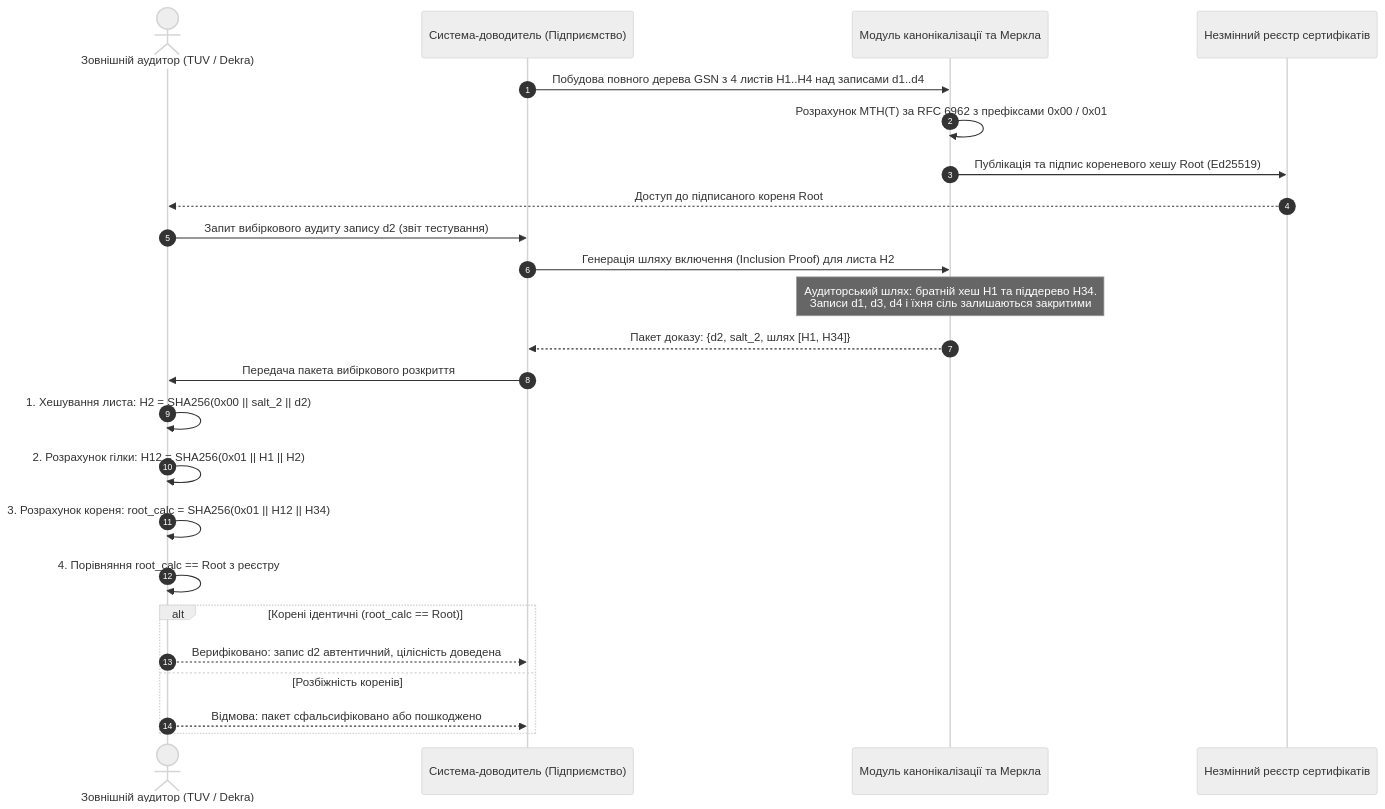
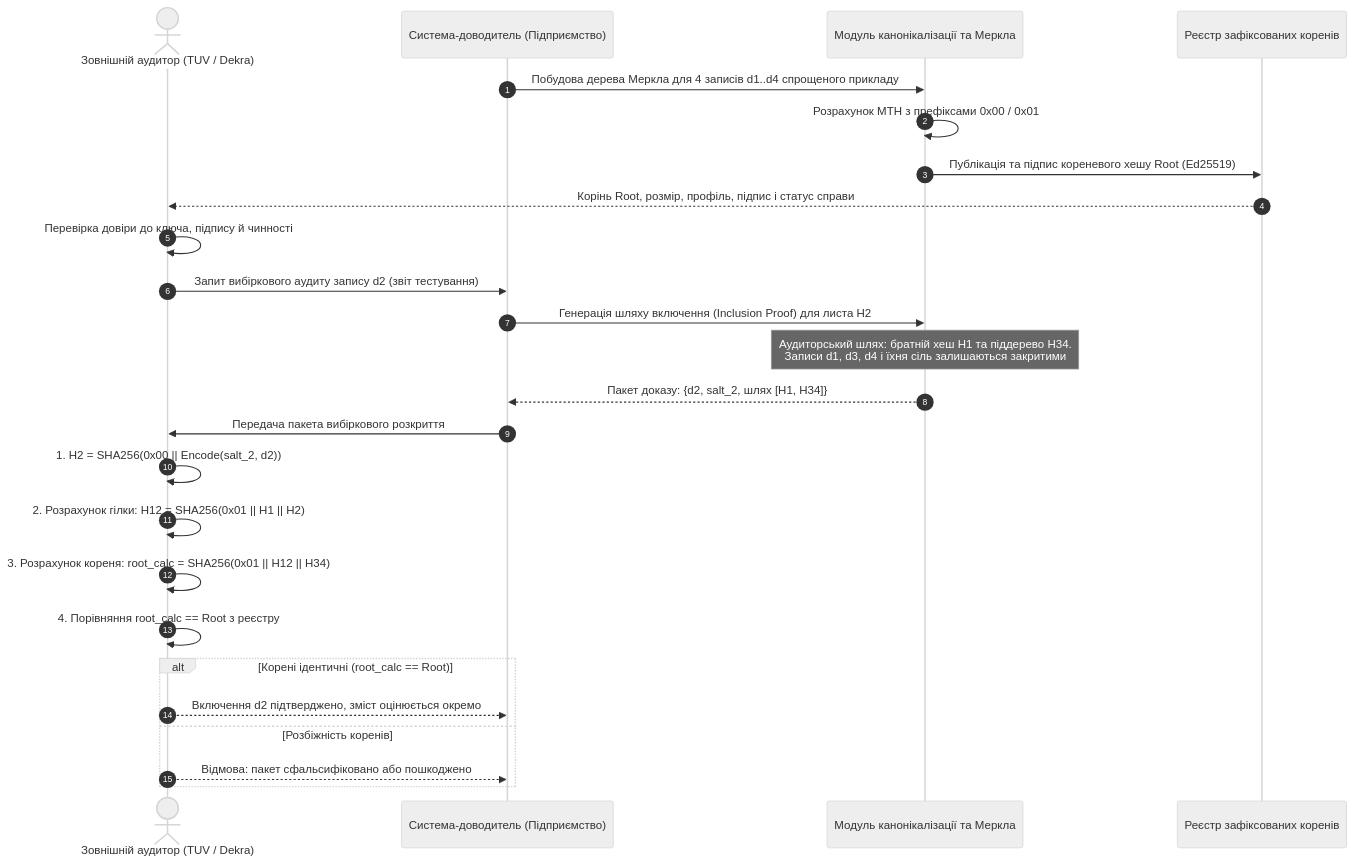
One commit to nick-fedchik/articles changed the fifth of 6 diagrams in ExpertSystem/ch27-safety-case-gsn-synthesis.md. Above: the diagram before and after it, drawn with Mermaid (neutral theme). The commit also changed other lines of this file and 7 other files, not shown here.

````diff
--- a/ExpertSystem/ch27-safety-case-gsn-synthesis.md
+++ b/ExpertSystem/ch27-safety-case-gsn-synthesis.md
@@ -369,32 +508,33 @@
 ```mermaid
 sequenceDiagram
     autonumber
     accTitle: Протокол вибіркового розкриття доказів через дерево Меркла
-    accDescr: Взаємодія між системою-доводителем і зовнішнім аудитором для перевірки конкретного артефакту без розкриття чутливих даних.
+    accDescr: Аудитор перевіряє очікуваний корінь і включення одного розкритого запису; інші записи не оцінено, нульового розголошення не заявлено.
     actor Aud as Зовнішній аудитор (TUV / Dekra)
     participant Prover as Система-доводитель (Підприємство)
     participant Merkle as Модуль канонікалізації та Меркла
-    participant Ledger as Незмінний реєстр сертифікатів
+    participant Ledger as Реєстр зафіксованих коренів
 
-    Prover->>Merkle: Побудова повного дерева GSN з 4 листів H1..H4 над записами d1..d4
-    Merkle->>Merkle: Розрахунок MTH(T) за RFC 6962 з префіксами 0x00 / 0x01
+    Prover->>Merkle: Побудова дерева Меркла для 4 записів d1..d4 спрощеного прикладу
+    Merkle->>Merkle: Розрахунок MTH з префіксами 0x00 / 0x01
     Merkle->>Ledger: Публікація та підпис кореневого хешу Root (Ed25519)
-    Ledger-->>Aud: Доступ до підписаного кореня Root
+    Ledger-->>Aud: Корінь Root, розмір, профіль, підпис і статус справи
+    Aud->>Aud: Перевірка довіри до ключа, підпису й чинності
 
     Aud->>Prover: Запит вибіркового аудиту запису d2 (звіт тестування)
     Prover->>Merkle: Генерація шляху включення (Inclusion Proof) для листа H2
     Note over Merkle: Аудиторський шлях: братній хеш H1 та піддерево H34.<br/>Записи d1, d3, d4 і їхня сіль залишаються закритими
     Merkle-->>Prover: Пакет доказу: {d2, salt_2, шлях [H1, H34]}
     Prover->>Aud: Передача пакета вибіркового розкриття
 
-    Aud->>Aud: 1. Хешування листа: H2 = SHA256(0x00 || salt_2 || d2)
+    Aud->>Aud: 1. H2 = SHA256(0x00 || Encode(salt_2, d2))
     Aud->>Aud: 2. Розрахунок гілки: H12 = SHA256(0x01 || H1 || H2)
     Aud->>Aud: 3. Розрахунок кореня: root_calc = SHA256(0x01 || H12 || H34)
     Aud->>Aud: 4. Порівняння root_calc == Root з реєстру
 
     alt Корені ідентичні (root_calc == Root)
-        Aud-->>Prover: Верифіковано: запис d2 автентичний, цілісність доведена
+        Aud-->>Prover: Включення d2 підтверджено, зміст оцінюється окремо
     else Розбіжність коренів
         Aud-->>Prover: Відмова: пакет сфальсифіковано або пошкоджено
     end
 ```
````
